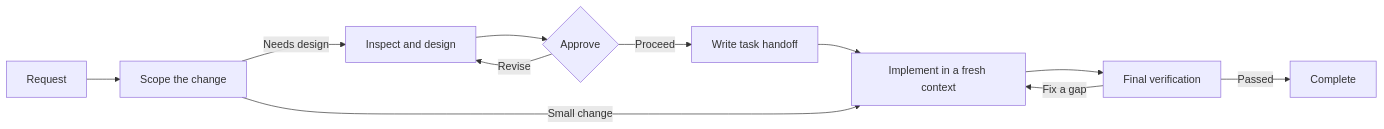
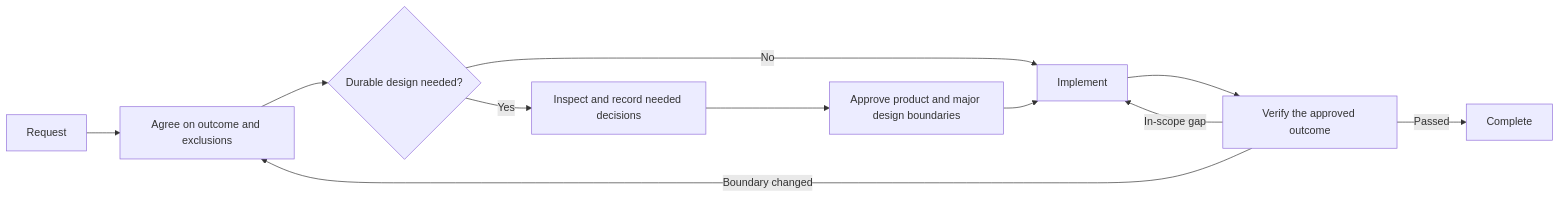
One commit to shinpr/claude-code-workflows changed the diagram in README.md. Above: the diagram before and after it, drawn with Mermaid. The commit also changed other lines of this file, not shown here.

````diff
--- a/README.md
+++ b/README.md
@@ -93,13 +92,13 @@
 ```mermaid
 flowchart LR
-    A[Request] --> B[Scope the change]
-    B -->|Needs design| C[Inspect and design]
-    C --> D{Approve}
-    D -->|Revise| C
-    D -->|Proceed| H[Write task handoff]
-    H --> E[Implement in a fresh context]
-    B -->|Small change| E
-    E --> F[Final verification]
-    F -->|Fix a gap| E
-    F -->|Passed| G[Complete]
+    A[Request] --> B[Agree on outcome and exclusions]
+    B --> C{Durable design needed?}
+    C -->|No| F[Implement]
+    C -->|Yes| D[Inspect and record needed decisions]
+    D --> E[Approve product and major design boundaries]
+    E --> F
+    F --> G[Verify the approved outcome]
+    G -->|In-scope gap| F
+    G -->|Boundary changed| B
+    G -->|Passed| H[Complete]
 ```
````
